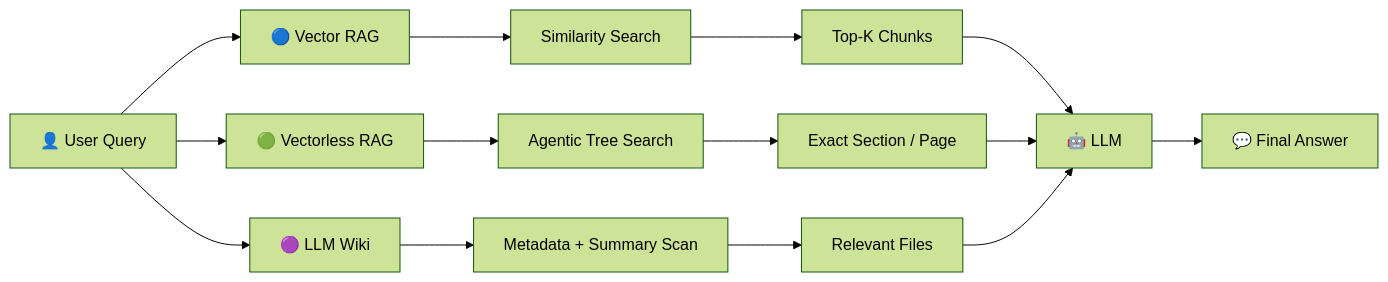
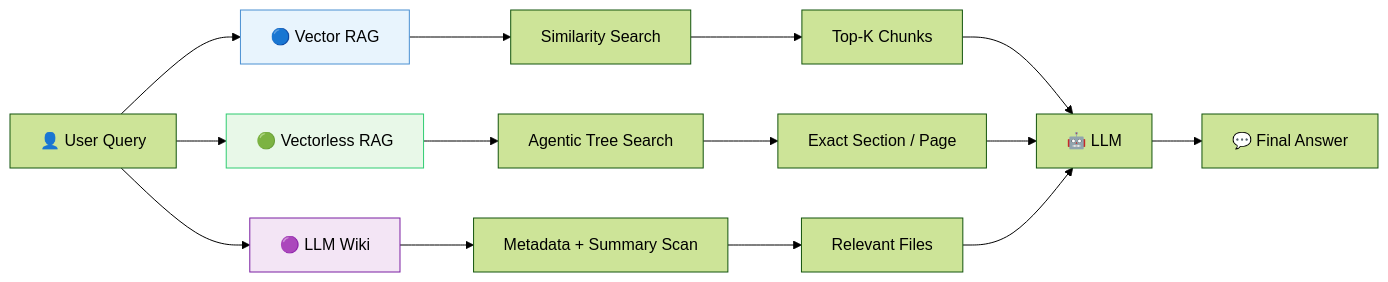
The first of 12 diagrams in Lecture 18 - Vectorless RAG and LLM Wiki/notes/06_system_comparison_hybrid_rag.md (Amie-dev/FDE-and-GenAI-Mastery), drawn with Mermaid (forest theme) before and after one commit. The commit also changed other lines of this file and 6 other files, not shown here.

````diff
--- a/Lecture 18 - Vectorless RAG and LLM Wiki/notes/06_system_comparison_hybrid_rag.md
+++ b/Lecture 18 - Vectorless RAG and LLM Wiki/notes/06_system_comparison_hybrid_rag.md
@@ -7,23 +7,25 @@
 ```mermaid
 flowchart LR
-
     Q["👤 User Query"]
-
     Q --> V["🔵 Vector RAG"]
     Q --> T["🟢 Vectorless RAG"]
     Q --> W["🟣 LLM Wiki"]
 
     V --> VS["Similarity Search"]
     T --> TS["Agentic Tree Search"]
     W --> WS["Metadata + Summary Scan"]
 
     VS --> VA["Top-K Chunks"]
     TS --> TA["Exact Section / Page"]
     WS --> WA["Relevant Files"]
 
     VA --> A["🤖 LLM"]
     TA --> A
     WA --> A
 
     A --> R["💬 Final Answer"]
+
+    style V fill:#e8f4fd,stroke:#4a90d2
+    style T fill:#e8f8e8,stroke:#2ecc71
+    style W fill:#f3e5f5,stroke:#7b1fa2
 ```
````
